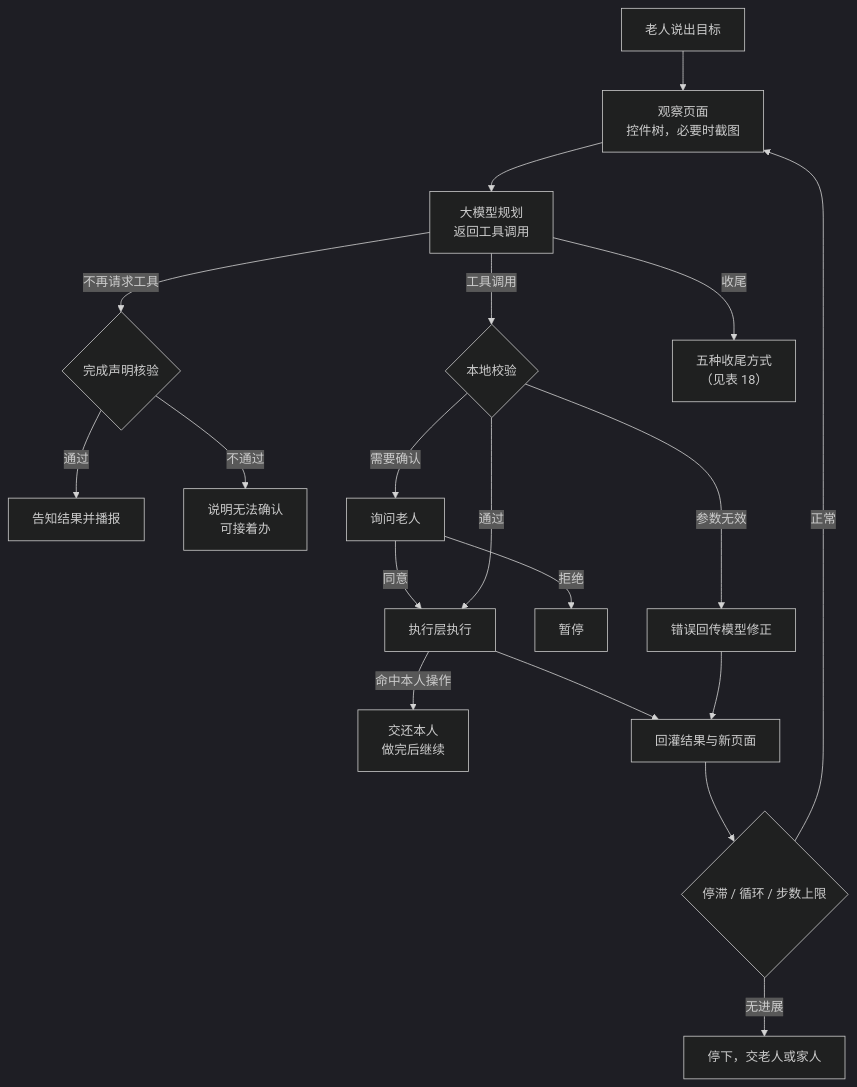
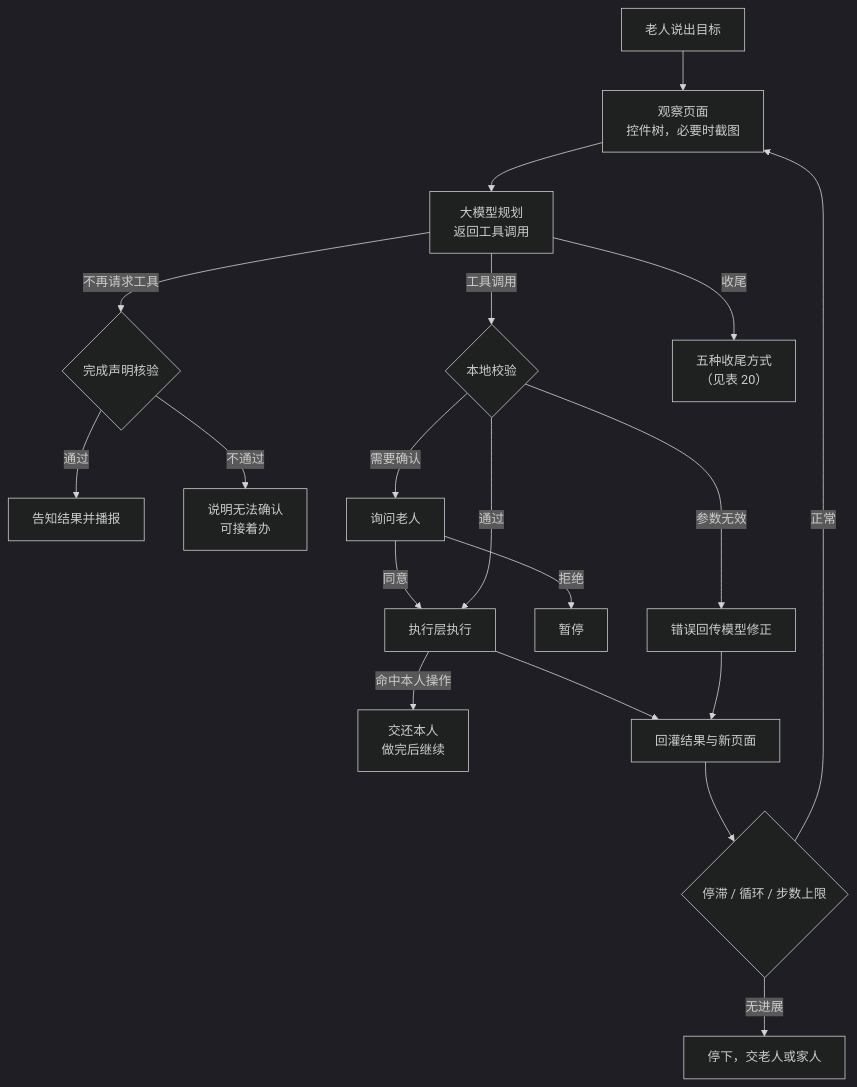
The tenth of 13 diagrams in docs/aic-2026/作品方案-定稿.md (lhxll07/elder-harness), drawn with Mermaid (dark theme) before and after one commit. The commit also changed other lines of this file and 3 other files, not shown here.

````diff
--- a/docs/aic-2026/作品方案-定稿.md
+++ b/docs/aic-2026/作品方案-定稿.md
@@ -684,21 +709,21 @@
 ```mermaid
 flowchart TD
   A[老人说出目标] --> B[观察页面<br/>控件树，必要时截图]
   B --> C[大模型规划<br/>返回工具调用]
   C -->|不再请求工具| D{完成声明核验}
   D -->|通过| E[告知结果并播报]
   D -->|不通过| F[说明无法确认<br/>可接着办]
   C -->|工具调用| G{本地校验}
   G -->|参数无效| H[错误回传模型修正]
   G -->|需要确认| I[询问老人]
   I -->|拒绝| J[暂停]
   I -->|同意| K[执行层执行]
   G -->|通过| K
   K -->|命中本人操作| L[交还本人<br/>做完后继续]
   K --> M[回灌结果与新页面]
   H --> M
   M --> N{停滞 / 循环 / 步数上限}
   N -->|正常| B
   N -->|无进展| O[停下，交老人或家人]
-  C -->|"收尾"| Z["五种收尾方式<br/>（见表 18）"]
+  C -->|"收尾"| Z["五种收尾方式<br/>（见表 20）"]
 ```
````
